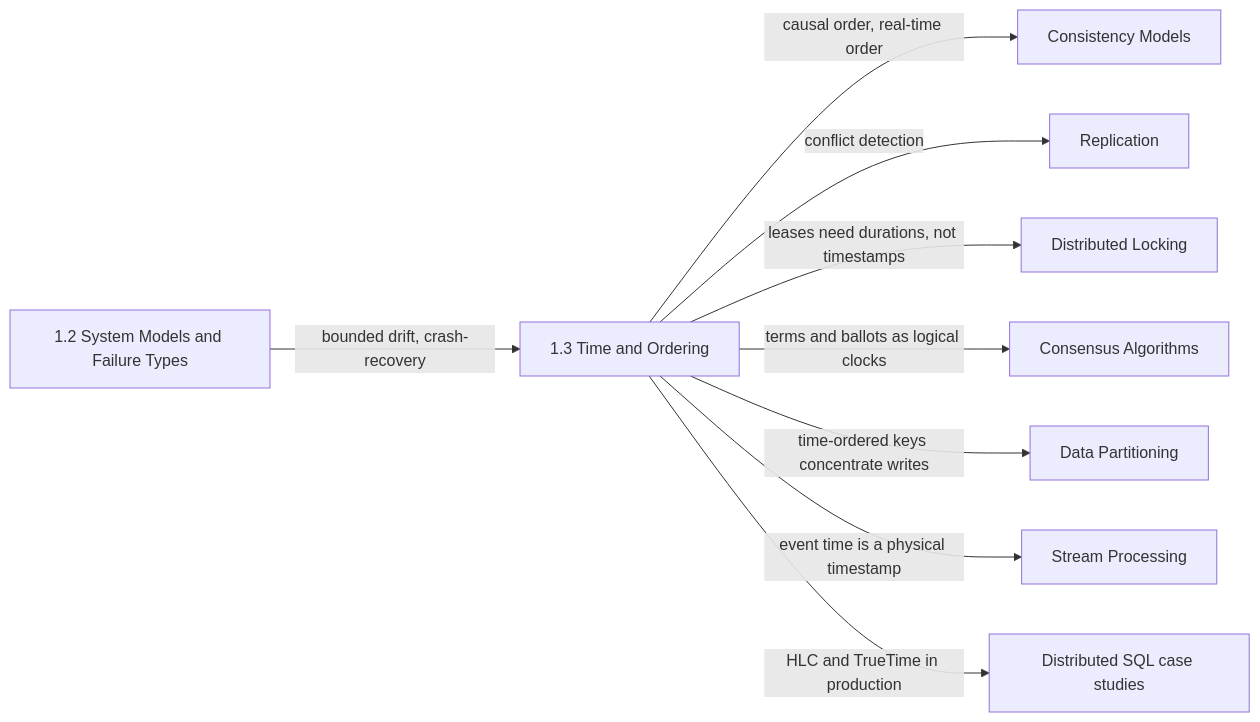
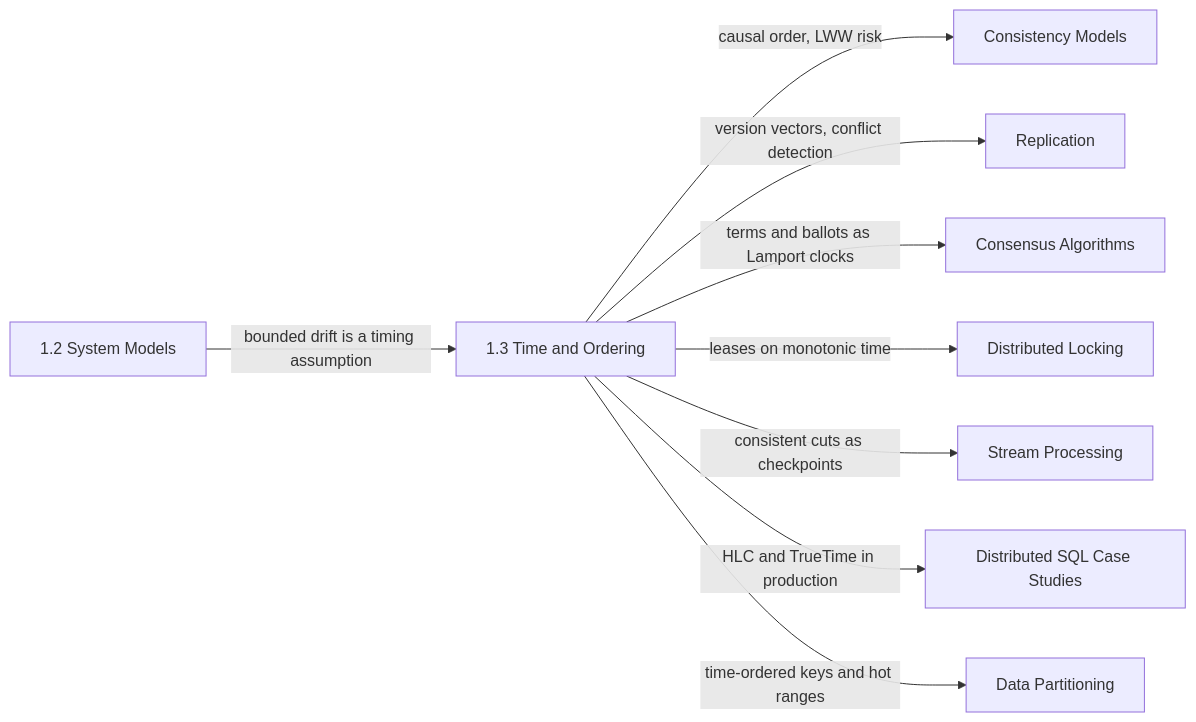
One commit to gorkemsari/distributed-systems changed the third of 3 diagrams in src/content/docs/en/foundations/time-and-ordering/index.mdx. Above: the diagram before and after it, drawn with Mermaid. The commit also changed other lines of this file and 8 other files, not shown here.

````diff
--- a/src/content/docs/en/foundations/time-and-ordering/index.mdx
+++ b/src/content/docs/en/foundations/time-and-ordering/index.mdx
@@ -106,20 +114,20 @@
 ```mermaid
 flowchart LR
-    SM["1.2 System Models and Failure Types"]
+    SM["1.2 System Models"]
     CH["1.3 Time and Ordering"]
     CM["Consistency Models"]
     RP["Replication"]
+    CO["Consensus Algorithms"]
     LK["Distributed Locking"]
-    CA["Consensus Algorithms"]
-    DP["Data Partitioning"]
     SP["Stream Processing"]
-    DS["Distributed SQL case studies"]
-    SM -->|"bounded drift, crash-recovery"| CH
-    CH -->|"causal order, real-time order"| CM
-    CH -->|"conflict detection"| RP
-    CH -->|"leases need durations, not timestamps"| LK
-    CH -->|"terms and ballots as logical clocks"| CA
-    CH -->|"time-ordered keys concentrate writes"| DP
-    CH -->|"event time is a physical timestamp"| SP
-    CH -->|"HLC and TrueTime in production"| DS
+    CS["Distributed SQL Case Studies"]
+    PT["Data Partitioning"]
+    SM -->|"bounded drift is a timing assumption"| CH
+    CH -->|"causal order, LWW risk"| CM
+    CH -->|"version vectors, conflict detection"| RP
+    CH -->|"terms and ballots as Lamport clocks"| CO
+    CH -->|"leases on monotonic time"| LK
+    CH -->|"consistent cuts as checkpoints"| SP
+    CH -->|"HLC and TrueTime in production"| CS
+    CH -->|"time-ordered keys and hot ranges"| PT
 ```
````
